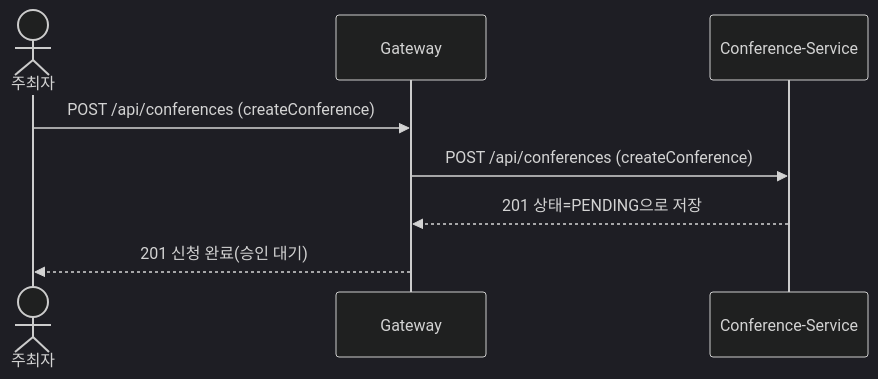
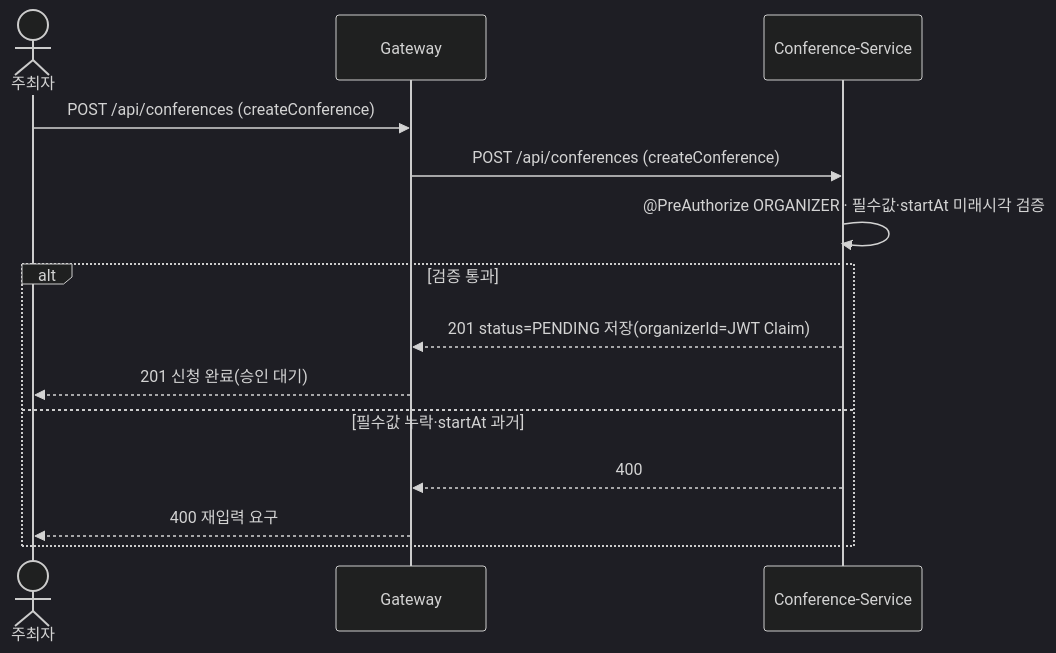
The seventh of 17 diagrams in docs/시퀀스.md (likelion-backend-24th/Final-Project-Team3), drawn with Mermaid (dark theme) before and after one commit. The commit also changed other lines of this file and 12 other files, not shown here.

````diff
--- a/docs/시퀀스.md
+++ b/docs/시퀀스.md
@@ -132,10 +138,16 @@
 ```mermaid
 sequenceDiagram
     actor O as 주최자
     participant G as Gateway
     participant CS as Conference-Service
     O->>G: POST /api/conferences (createConference)
     G->>CS: POST /api/conferences (createConference)
-    CS-->>G: 201 상태=PENDING으로 저장
-    G-->>O: 201 신청 완료(승인 대기)
+    CS->>CS: @PreAuthorize ORGANIZER · 필수값·startAt 미래시각 검증
+    alt 검증 통과
+        CS-->>G: 201 status=PENDING 저장(organizerId=JWT Claim)
+        G-->>O: 201 신청 완료(승인 대기)
+    else 필수값 누락·startAt 과거
+        CS-->>G: 400
+        G-->>O: 400 재입력 요구
+    end
 ```
````
